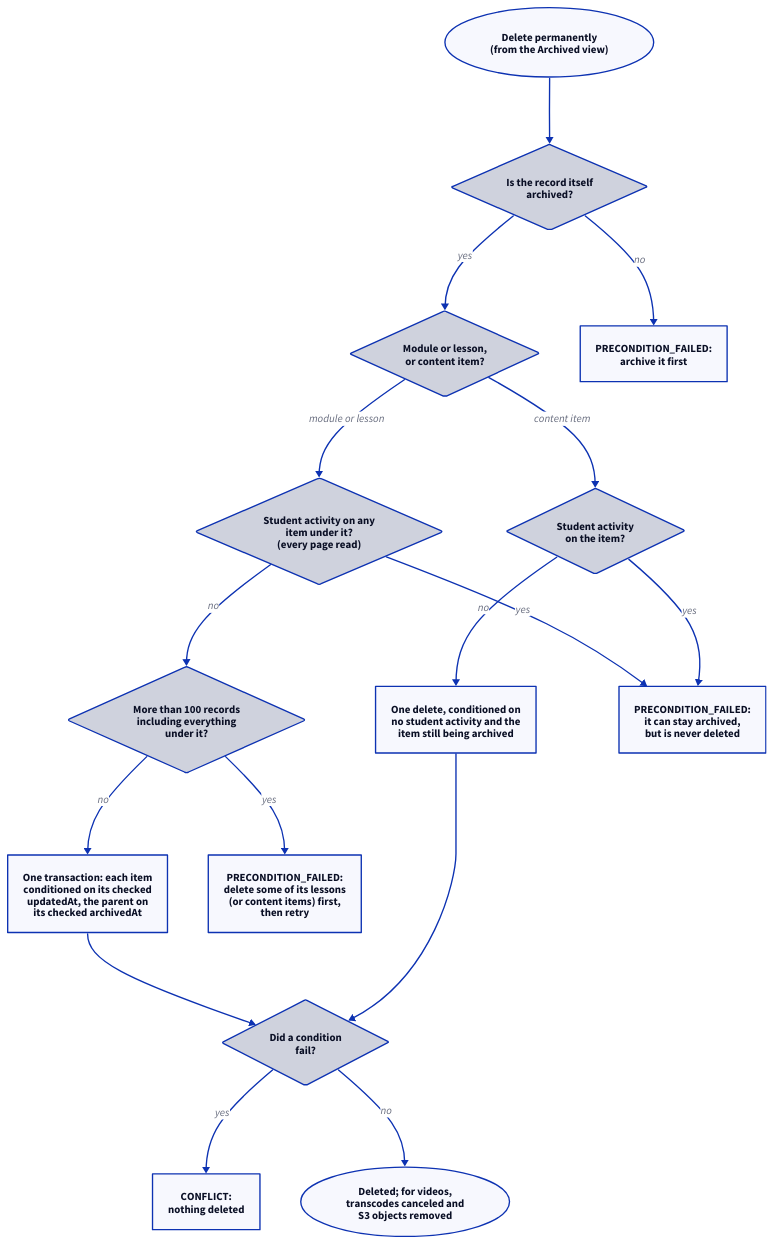
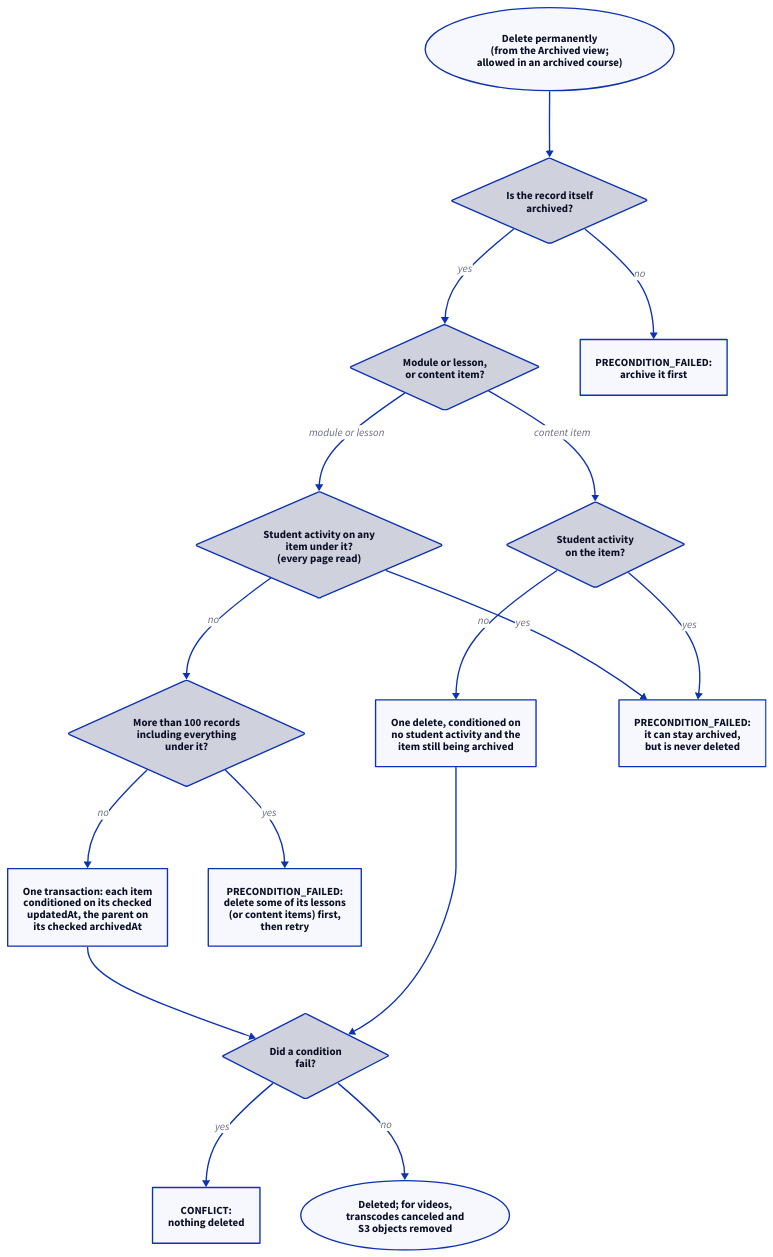
One commit to AlexTo/Wattle-LMS changed the third of 3 diagrams in docs/src/content/docs/en/design/live-course-editing.mdx. Above: the diagram before and after it, drawn with D2. The commit also changed other lines of this file and 13 other files, not shown here.

First line of the commit message:
feat(instructor-api,instructor-portal): make an archived course read-only (#160)

````diff
--- a/docs/src/content/docs/en/design/live-course-editing.mdx
+++ b/docs/src/content/docs/en/design/live-course-editing.mdx
@@ -82,38 +84,38 @@
 ```d2 title="Checks a permanent delete goes through before anything is removed, for a module or lesson and for a single content item"
 direction: down
 
-start: "Delete permanently\n(from the Archived view)" {shape: oval}
+start: "Delete permanently\n(from the Archived view;\nallowed in an archived course)" {shape: oval}
 is_archived: "Is the record itself\narchived?" {shape: diamond}
 kind: "Module or lesson,\nor content item?" {shape: diamond}
 
 activity: "Student activity on any\nitem under it?\n(every page read)" {shape: diamond}
 limit: "More than 100 records\nincluding everything\nunder it?" {shape: diamond}
 transaction: "One transaction: each item\nconditioned on its checked\nupdatedAt, the parent on\nits checked archivedAt"
 
 item_activity: "Student activity\non the item?" {shape: diamond}
 item_delete: "One delete, conditioned on\nno student activity and the\nitem still being archived"
 
 changed: "Did a condition\nfail?" {shape: diamond}
 
 refused_archive: "PRECONDITION_FAILED:\narchive it first"
 refused_activity: "PRECONDITION_FAILED:\nit can stay archived,\nbut is never deleted"
 refused_limit: "PRECONDITION_FAILED:\ndelete some of its lessons\n(or content items) first,\nthen retry"
 conflict: "CONFLICT:\nnothing deleted"
 done: "Deleted; for videos,\ntranscodes canceled and\nS3 objects removed" {shape: oval}
 
 start -> is_archived
 is_archived -> refused_archive: no
 is_archived -> kind: yes
 kind -> activity: module or lesson
 kind -> item_activity: content item
 activity -> refused_activity: yes
 activity -> limit: no
 limit -> refused_limit: yes
 limit -> transaction: no
 item_activity -> refused_activity: yes
 item_activity -> item_delete: no
 transaction -> changed
 item_delete -> changed
 changed -> conflict: yes
 changed -> done: no
 ```
````
